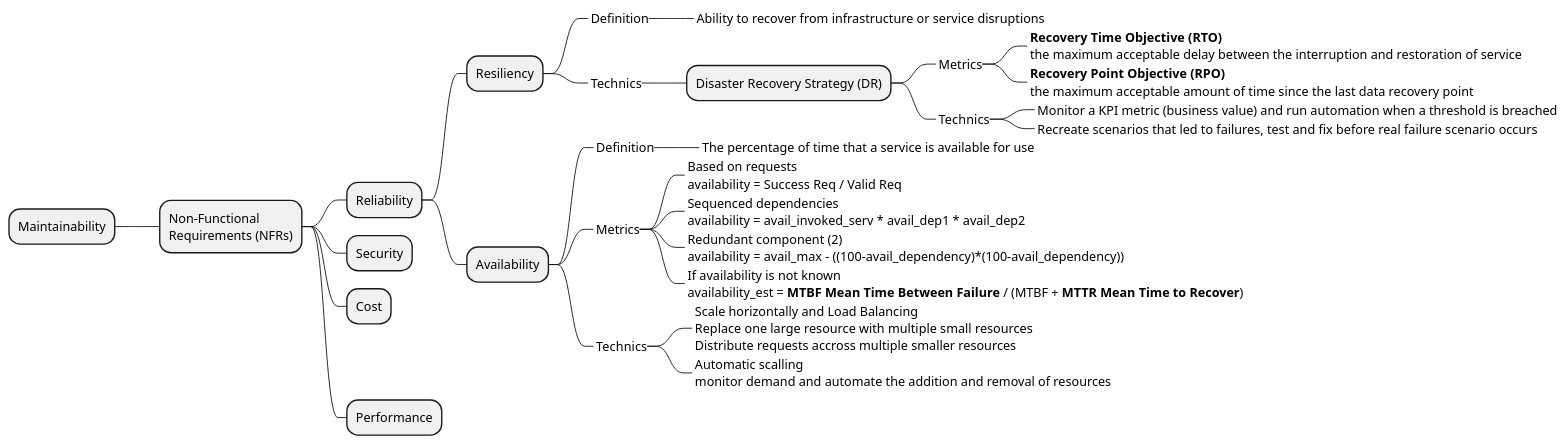
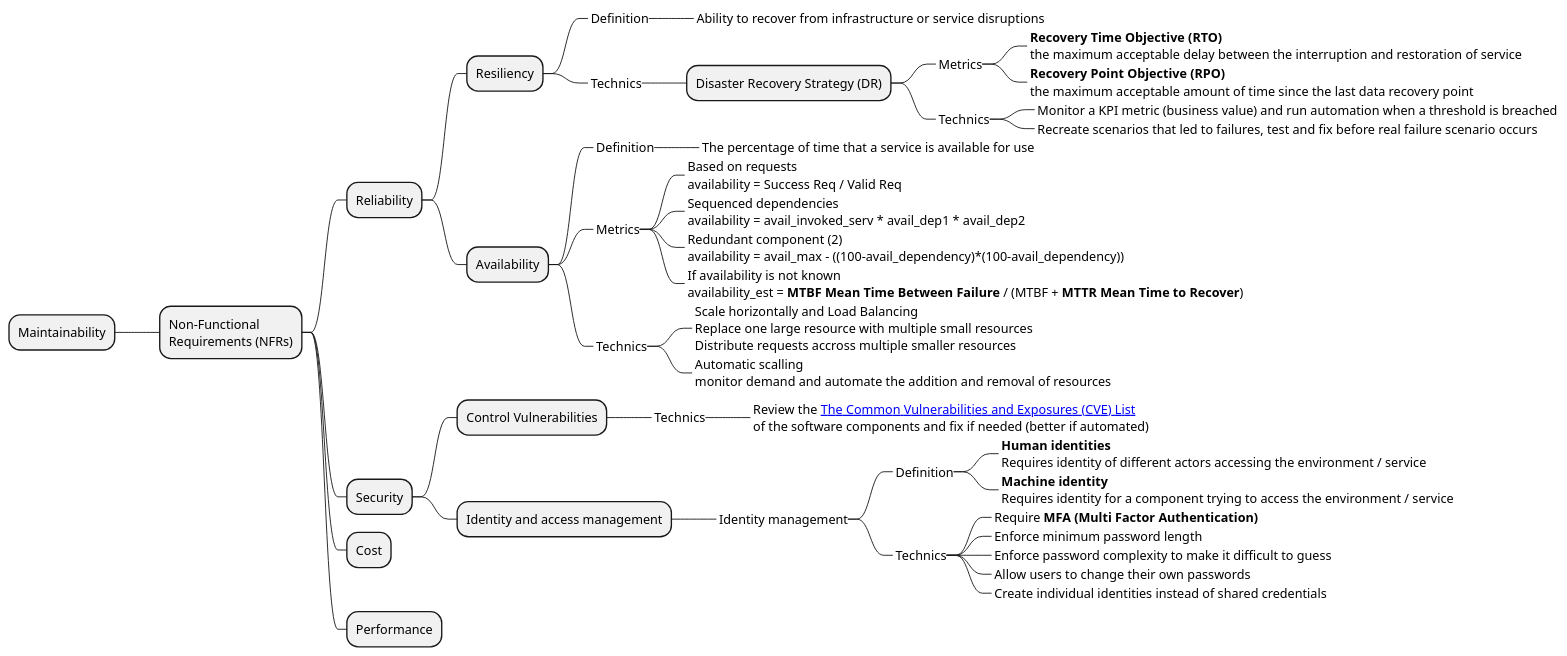
One commit to anaselhajjaji/non-functional-requirements-map changed the diagram in non-functional-requirements-map.pu. Above: the diagram before and after it, drawn with PlantUML.

Commit message:
adds security documentation

```diff
--- a/non-functional-requirements-map.pu
+++ b/non-functional-requirements-map.pu
@@ -1,35 +1,50 @@
 @startmindmap "Non-Functional Requirements Map"
 
 + Non-Functional\nRequirements (NFRs)
 
 ++ Reliability
 +++ Resiliency
 ++++_ Definition
 +++++_ Ability to recover from infrastructure or service disruptions
 ++++_ Technics
 +++++ Disaster Recovery Strategy (DR)
 ++++++_ Metrics
 +++++++_ **Recovery Time Objective (RTO)**\nthe maximum acceptable delay between the interruption and restoration of service
 +++++++_ **Recovery Point Objective (RPO)**\nthe maximum acceptable amount of time since the last data recovery point
 ++++++_ Technics
 +++++++_ Monitor a KPI metric (business value) and run automation when a threshold is breached
 +++++++_ Recreate scenarios that led to failures, test and fix before real failure scenario occurs
 +++ Availability
 ++++_ Definition
 +++++_ The percentage of time that a service is available for use
 ++++_ Metrics
 +++++_ Based on requests\navailability = Success Req / Valid Req
 +++++_ Sequenced dependencies\navailability = avail_invoked_serv * avail_dep1 * avail_dep2
 +++++_ Redundant component (2)\navailability = avail_max - ((100-avail_dependency)*(100-avail_dependency))
 +++++_ If availability is not known\navailability_est = **MTBF Mean Time Between Failure** / (MTBF + **MTTR Mean Time to Recover**)
 ++++_ Technics
 +++++_ Scale horizontally and Load Balancing\nReplace one large resource with multiple small resources\nDistribute requests accross multiple smaller resources
 +++++_ Automatic scalling\nmonitor demand and automate the addition and removal of resources
 
 ++ Security
++++ Control Vulnerabilities
+++++_ Technics
++++++_ Review the [[https://cve.mitre.org/ The Common Vulnerabilities and Exposures (CVE) List]]\nof the software components and fix if needed (better if automated)
++++ Identity and access management
+++++_ Identity management
++++++_ Definition
+++++++_ **Human identities**\nRequires identity of different actors accessing the environment / service
+++++++_ **Machine identity**\nRequires identity for a component trying to access the environment / service
++++++_ Technics
+++++++_ Require **MFA (Multi Factor Authentication)**
+++++++_ Enforce minimum password length
+++++++_ Enforce password complexity to make it difficult to guess
+++++++_ Allow users to change their own passwords
+++++++_ Create individual identities instead of shared credentials
+
 ++ Cost
 ++ Performance
 
 -- Maintainability
 
 @endmindmap
```
